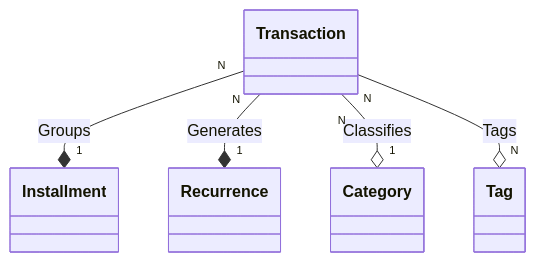
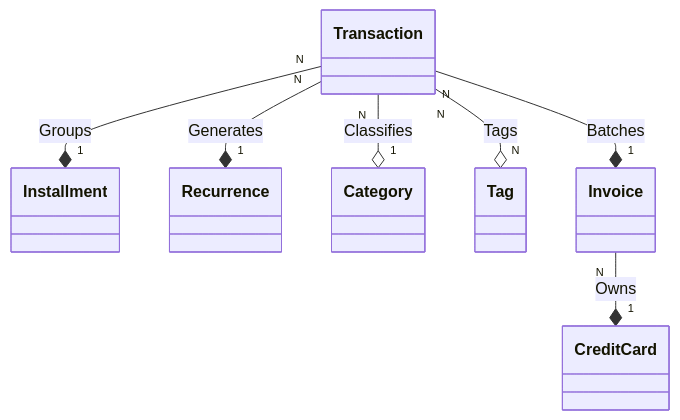
Before and after one commit to mickaelyoshua/moneta-cli: the fourth of 5 diagrams in architecture.md, drawn with Mermaid. The commit also changed 7 other files, not shown here.

First line of the commit message:
refactor(core): migrate invoices to event-sourced architecture

````diff
--- a/architecture.md
+++ b/architecture.md
@@ -62,15 +62,19 @@
 ```mermaid
 classDiagram
   direction BT
 
   class Transaction
   class Installment
   class Recurrence
   class Category
   class Tag
+  class CreditCard
+  class Invoice
 
   Installment "1" *-- "N" Transaction : Groups
   Recurrence "1" *-- "N" Transaction : Generates
   Category "1" o-- "N" Transaction : Classifies
   Tag "N" o-- "N" Transaction : Tags
+  Invoice "1" *-- "N" Transaction : Batches
+  CreditCard "1" *-- "N" Invoice : Owns
 ```
````
